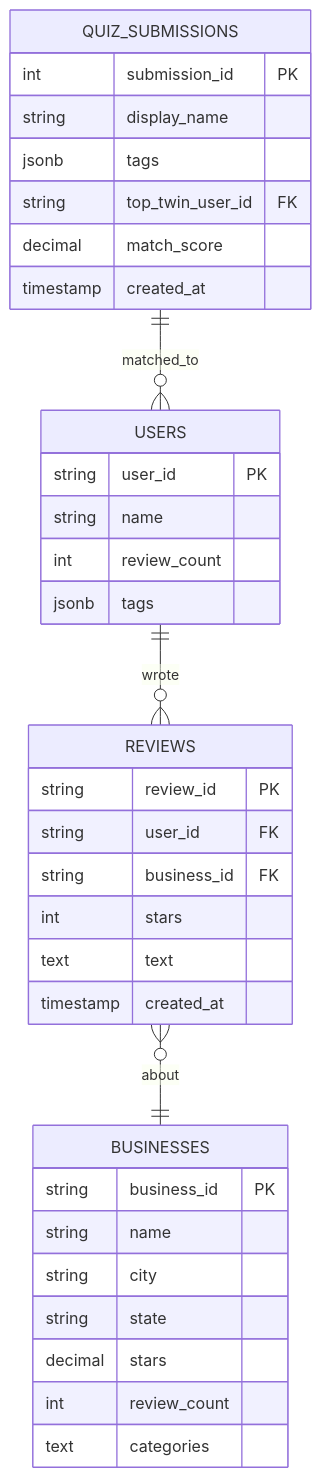
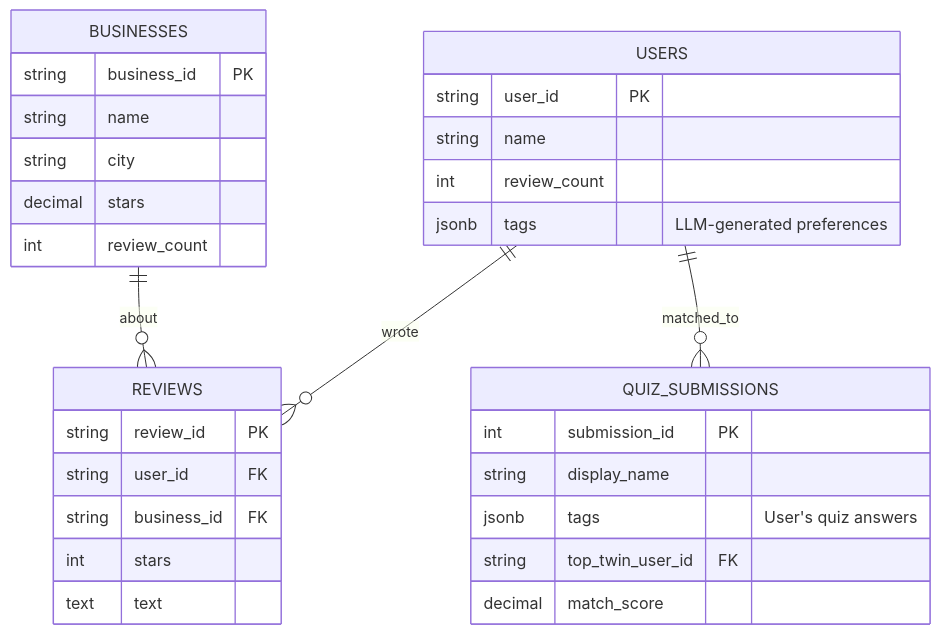
Before and after one commit to Vihaan8/final_project: the fifth of 9 diagrams in README.md, drawn with Mermaid. The commit also changed other lines of this file, not shown here.

First line of the commit message:
Complete README rewrite: Comprehensive data architecture documentation

````diff
--- a/README.md
+++ b/README.md
@@ -361,41 +522,37 @@
 ```mermaid
 erDiagram
-    QUIZ_SUBMISSIONS ||--o{ USERS : "matched_to"
     USERS ||--o{ REVIEWS : "wrote"
-    REVIEWS }o--|| BUSINESSES : "about"
-    
-    QUIZ_SUBMISSIONS {
-        int submission_id PK
-        string display_name
-        jsonb tags
-        string top_twin_user_id FK
-        decimal match_score
-        timestamp created_at
-    }
+    BUSINESSES ||--o{ REVIEWS : "about"
+    USERS ||--o{ QUIZ_SUBMISSIONS : "matched_to"
     
     USERS {
         string user_id PK
         string name
         int review_count
-        jsonb tags
+        jsonb tags "LLM-generated preferences"
+    }
+    
+    BUSINESSES {
+        string business_id PK
+        string name
+        string city
+        decimal stars
+        int review_count
     }
     
     REVIEWS {
         string review_id PK
         string user_id FK
         string business_id FK
         int stars
         text text
-        timestamp created_at
     }
     
-    BUSINESSES {
-        string business_id PK
-        string name
-        string city
-        string state
-        decimal stars
-        int review_count
-        text categories
+    QUIZ_SUBMISSIONS {
+        int submission_id PK
+        string display_name
+        jsonb tags "User's quiz answers"
+        string top_twin_user_id FK
+        decimal match_score
     }
 ```
````
